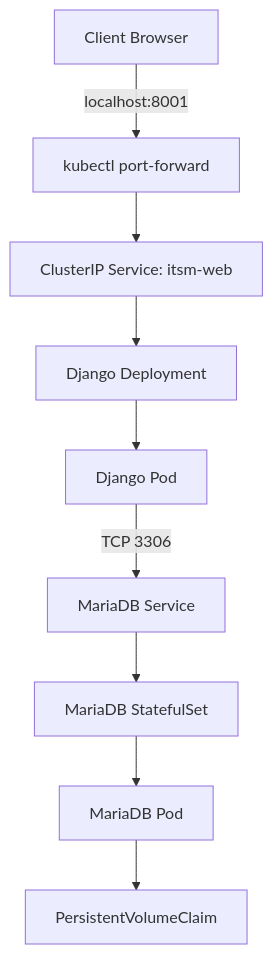
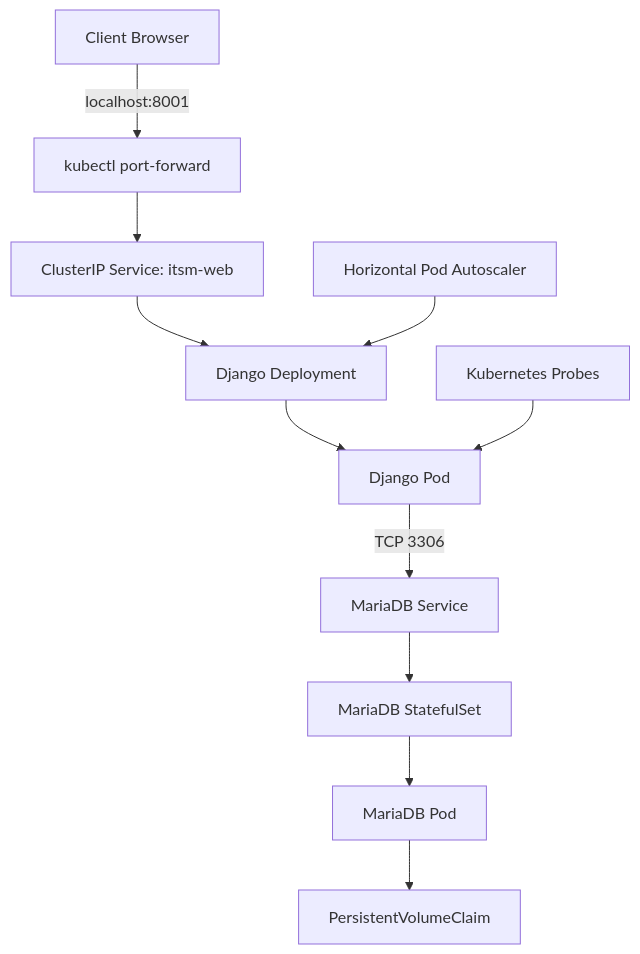
One commit to LordXapose/ITSM_Project_files changed the second of 5 diagrams in README.md. Above: the diagram before and after it, drawn with Mermaid. The commit also changed other lines of this file, not shown here.

````diff
--- a/README.md
+++ b/README.md
@@ -249,11 +191,14 @@
-``` mermaid
+```mermaid
 flowchart TD
     A[Client Browser] -->|localhost:8001| B[kubectl port-forward]
     B --> C[ClusterIP Service: itsm-web]
     C --> D[Django Deployment]
     D --> E[Django Pod]
     E -->|TCP 3306| F[MariaDB Service]
     F --> G[MariaDB StatefulSet]
     G --> H[MariaDB Pod]
     H --> I[PersistentVolumeClaim]
+    
+    J[Horizontal Pod Autoscaler] --> D
+    K[Kubernetes Probes] --> E
 ```
````
